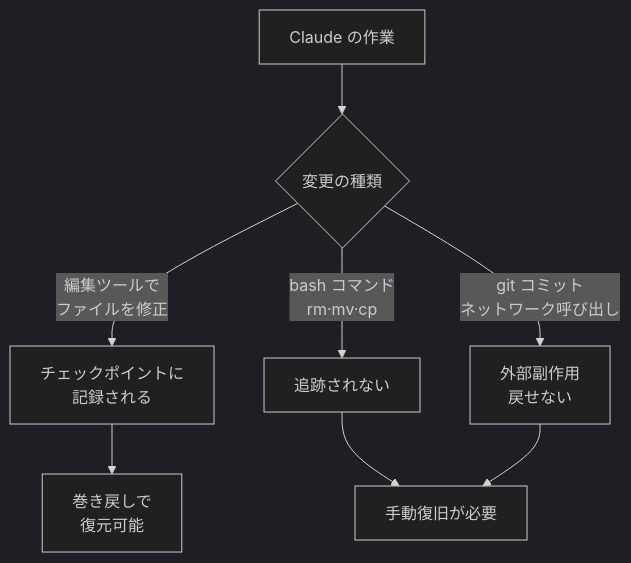
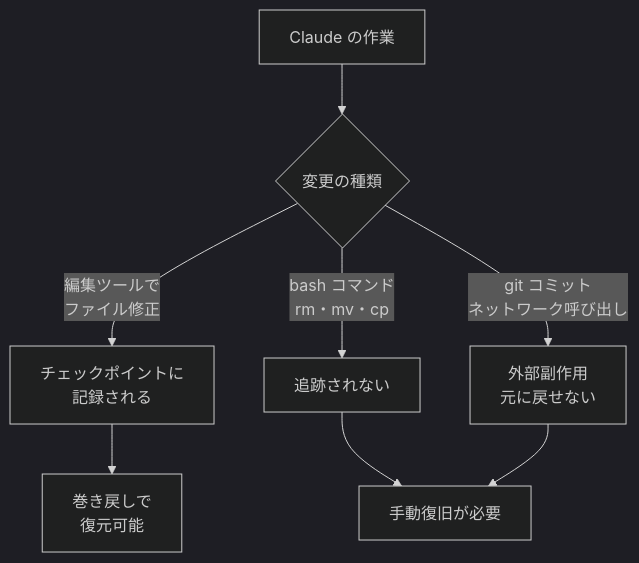
Before and after one commit to modu-ai/moai-adk: the diagram in docs-site/content/ja/claude-code/context-memory/checkpointing.md, drawn with Mermaid (dark theme). The commit also changed other lines of this file and 395 other files, not shown here.

````diff
--- a/docs-site/content/ja/claude-code/context-memory/checkpointing.md
+++ b/docs-site/content/ja/claude-code/context-memory/checkpointing.md
@@ -75,10 +75,10 @@
 ```mermaid
 flowchart TD
     A[Claude の作業] --> B{変更の種類}
-    B -->|編集ツールで<br>ファイルを修正| C[チェックポイントに<br>記録される]
-    B -->|bash コマンド<br>rm·mv·cp| D[追跡されない]
-    B -->|git コミット<br>ネットワーク呼び出し| E[外部副作用<br>戻せない]
+    B -->|編集ツールで<br>ファイル修正| C[チェックポイントに<br>記録される]
+    B -->|bash コマンド<br>rm・mv・cp| D[追跡されない]
+    B -->|git コミット<br>ネットワーク呼び出し| E[外部副作用<br>元に戻せない]
     C --> F[巻き戻しで<br>復元可能]
     D --> G[手動復旧が必要]
     E --> G
 ```
````
